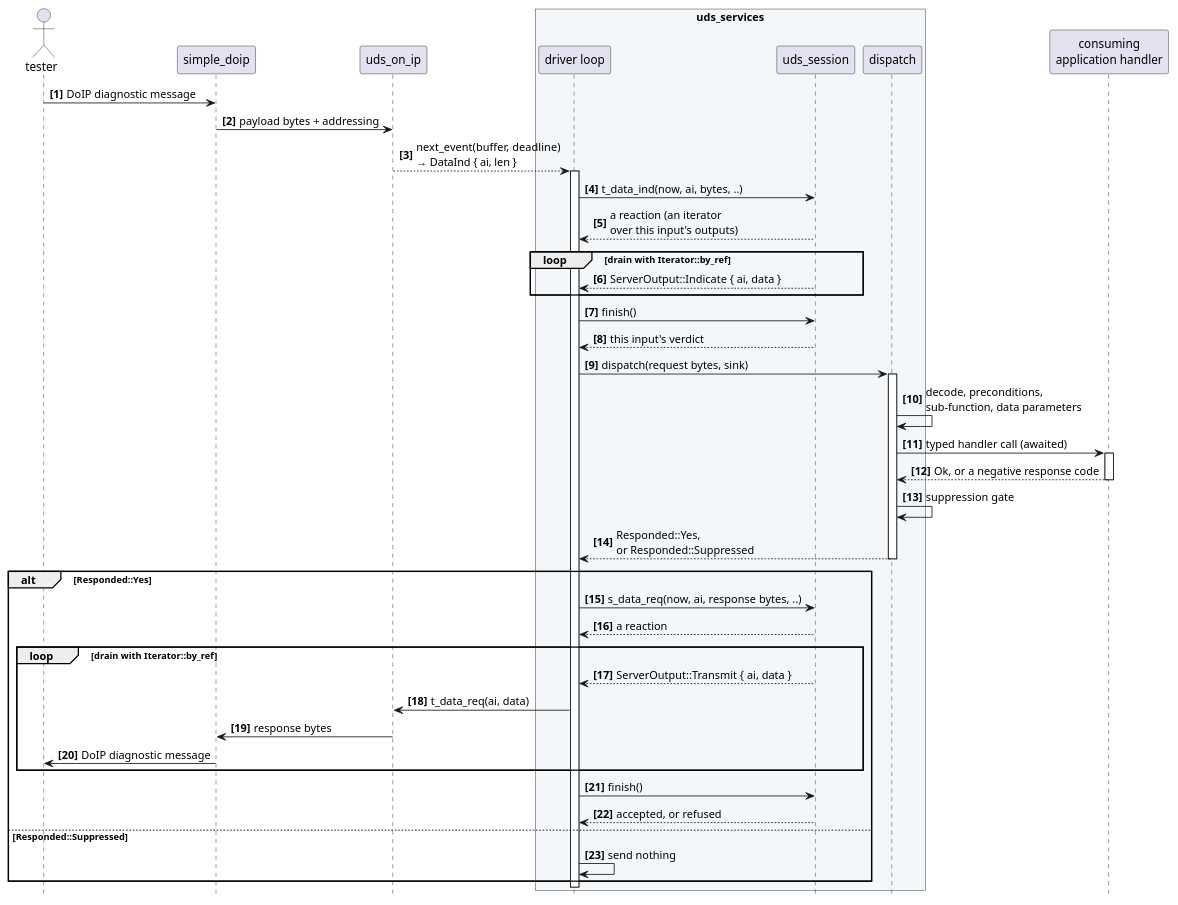
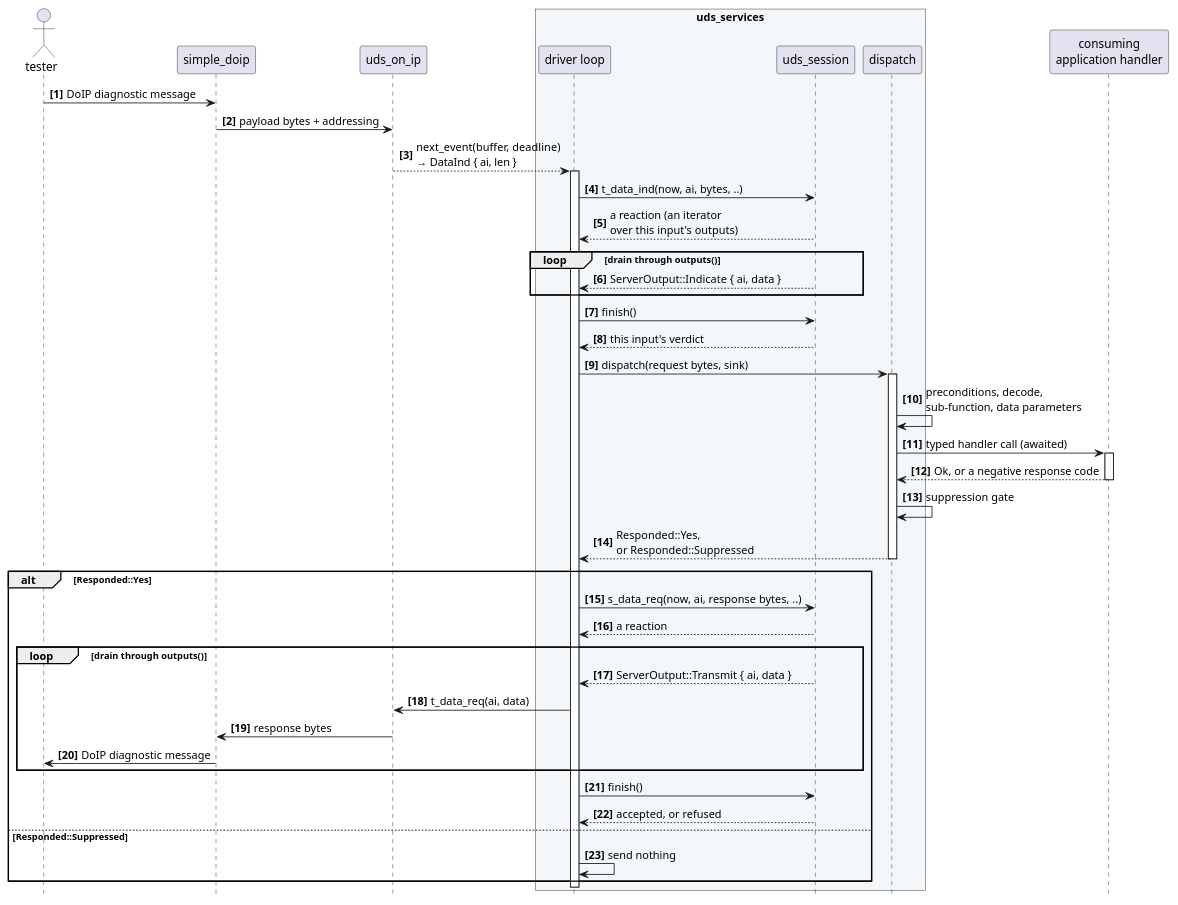
The second of 3 diagrams in docs/architecture/stack-position.rst (luminartech/uds_stack), drawn with PlantUML before and after one commit. The commit also changed other lines of this file and 68 other files, not shown here.

```diff
--- a/docs/architecture/stack-position.rst
+++ b/docs/architecture/stack-position.rst
@@ -397,58 +429,58 @@
 .. uml::
    :align: center
    :caption: One physically addressed request reaching a server, from the wire to a
              handler and back. The client-side path is in :doc:`client-surface`.
 
    @startuml
    autonumber "<b>[0]"
    hide footbox
 
    actor tester as T
    participant "simple_doip" as D
    participant "uds_on_ip" as I
    box "uds_services" #F4F7FA
      participant "driver loop" as L
      participant "uds_session" as S
      participant "dispatch" as V
    end box
    participant "consuming\napplication handler" as H
 
    T -> D : DoIP diagnostic message
    D -> I : payload bytes + addressing
    I --> L : next_event(buffer, deadline)\n→ DataInd { ai, len }
    activate L
    L -> S : t_data_ind(now, ai, bytes, ..)
    S --> L : a reaction (an iterator\nover this input's outputs)
-   loop drain with Iterator::by_ref
+   loop drain through outputs()
      S --> L : ServerOutput::Indicate { ai, data }
    end
    L -> S : finish()
    S --> L : this input's verdict
    L -> V : dispatch(request bytes, sink)
    activate V
 
-   V -> V : decode, preconditions,\nsub-function, data parameters
+   V -> V : preconditions, decode,\nsub-function, data parameters
    V -> H : typed handler call (awaited)
    activate H
    H --> V : Ok, or a negative response code
    deactivate H
    V -> V : suppression gate
    V --> L : Responded::Yes,\nor Responded::Suppressed
    deactivate V
 
    alt Responded::Yes
      L -> S : s_data_req(now, ai, response bytes, ..)
      S --> L : a reaction
-     loop drain with Iterator::by_ref
+     loop drain through outputs()
        S --> L : ServerOutput::Transmit { ai, data }
        L -> I : t_data_req(ai, data)
        I -> D : response bytes
        D -> T : DoIP diagnostic message
      end
      L -> S : finish()
      S --> L : accepted, or refused
    else Responded::Suppressed
      L -> L : send nothing
    end
    deactivate L
    @enduml
```
